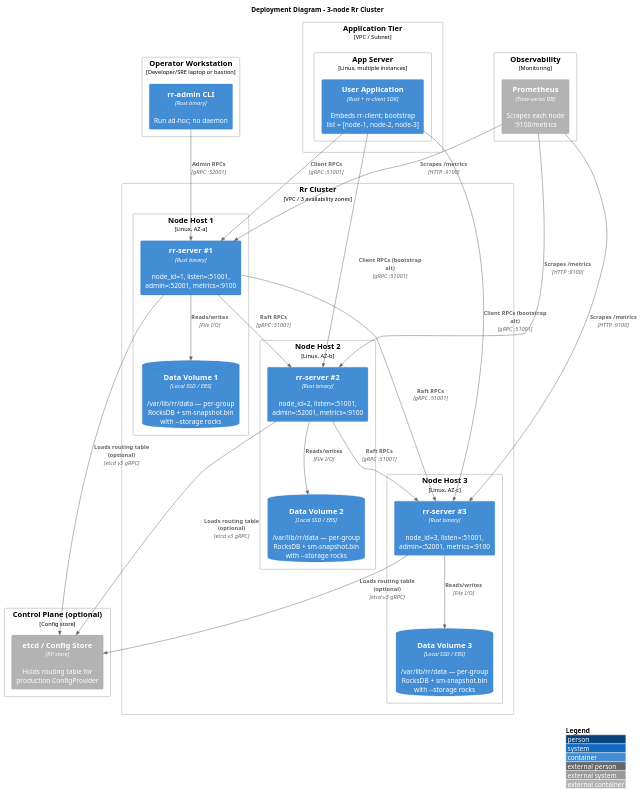
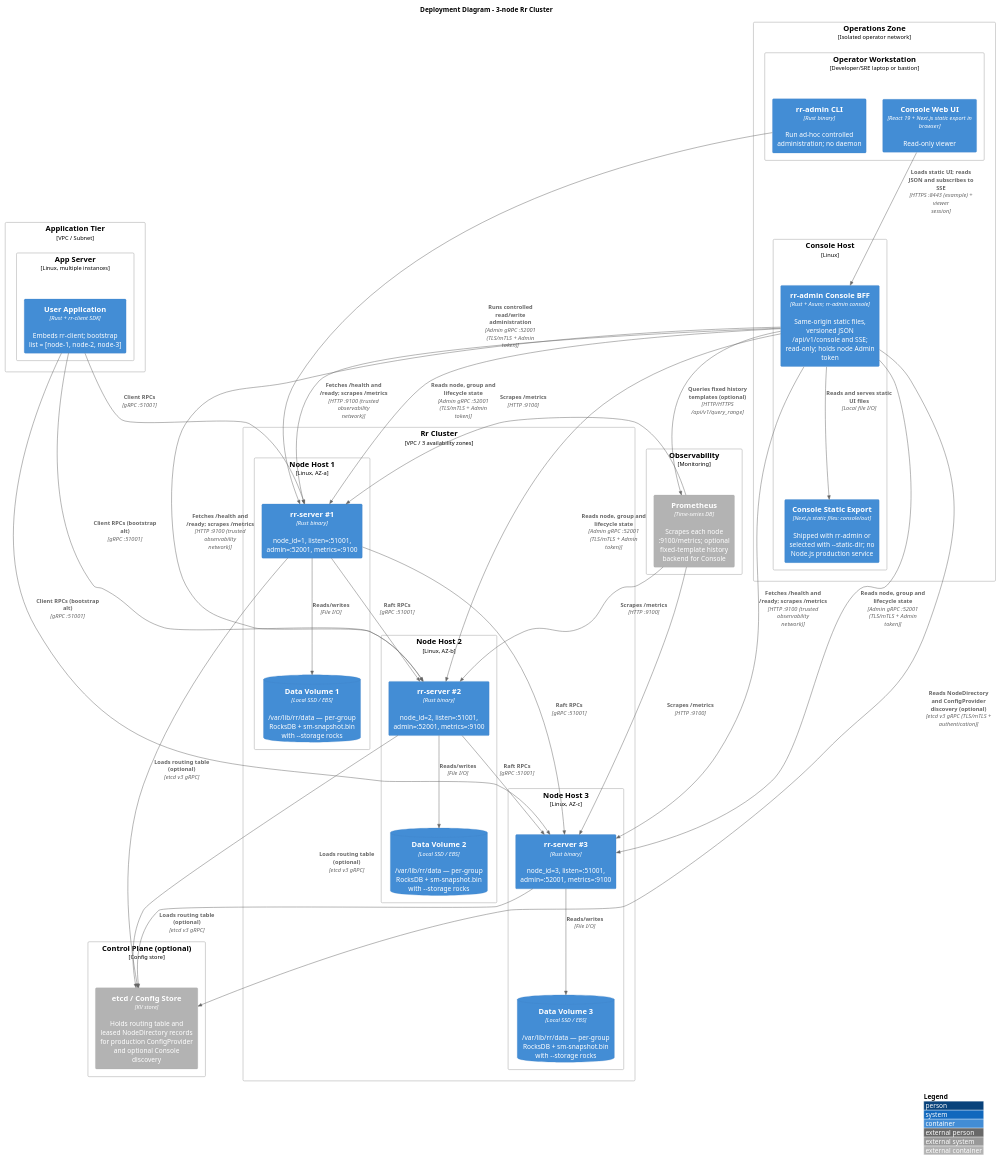
Before and after one commit to gardenias/rr: the diagram in docs/docs/architecture/c4/deployment.md, drawn with PlantUML. The commit also changed other lines of this file and 37 other files, not shown here.

Commit message:
docs: document cluster admin console architecture

````diff
--- a/docs/docs/architecture/c4/deployment.md
+++ b/docs/docs/architecture/c4/deployment.md
@@ -16,64 +16,82 @@
 ```plantuml
 @startuml
 !include <C4/C4_Deployment.puml>
 
 title Deployment Diagram - 3-node Rr Cluster
 
 Deployment_Node(client_zone, "Application Tier", "VPC / Subnet") {
   Deployment_Node(app_host, "App Server", "Linux, multiple instances") {
     Container(user_app, "User Application", "Rust + rr-client SDK", "Embeds rr-client; bootstrap list = [node-1, node-2, node-3]")
   }
 }
 
-Deployment_Node(ops_zone, "Operator Workstation", "Developer/SRE laptop or bastion") {
-  Container(admin_cli, "rr-admin CLI", "Rust binary", "Run ad-hoc; no daemon")
+Deployment_Node(ops_zone, "Operations Zone", "Isolated operator network") {
+  Deployment_Node(operator_host, "Operator Workstation", "Developer/SRE laptop or bastion") {
+    Container(admin_cli, "rr-admin CLI", "Rust binary", "Run ad-hoc controlled administration; no daemon")
+    Container(console_ui, "Console Web UI", "React 19 + Next.js static export in browser", "Read-only viewer")
+  }
+  Deployment_Node(console_host, "Console Host", "Linux") {
+    Container(console_bff, "rr-admin Console BFF", "Rust + Axum; rr-admin console", "Same-origin static files, versioned JSON /api/v1/console and SSE; read-only; holds node Admin token")
+    Container(console_assets, "Console Static Export", "Next.js static files: console/out", "Shipped with rr-admin or selected with --static-dir; no Node.js production service")
+  }
 }
 
 Deployment_Node(cluster_zone, "Rr Cluster", "VPC / 3 availability zones") {
   Deployment_Node(host1, "Node Host 1", "Linux, AZ-a") {
     Container(rr1, "rr-server #1", "Rust binary", "node_id=1, listen=:51001, admin=:52001, metrics=:9100")
     ContainerDb(disk1, "Data Volume 1", "Local SSD / EBS", "/var/lib/rr/data — per-group RocksDB + sm-snapshot.bin with --storage rocks")
   }
   Deployment_Node(host2, "Node Host 2", "Linux, AZ-b") {
     Container(rr2, "rr-server #2", "Rust binary", "node_id=2, listen=:51001, admin=:52001, metrics=:9100")
     ContainerDb(disk2, "Data Volume 2", "Local SSD / EBS", "/var/lib/rr/data — per-group RocksDB + sm-snapshot.bin with --storage rocks")
   }
   Deployment_Node(host3, "Node Host 3", "Linux, AZ-c") {
     Container(rr3, "rr-server #3", "Rust binary", "node_id=3, listen=:51001, admin=:52001, metrics=:9100")
     ContainerDb(disk3, "Data Volume 3", "Local SSD / EBS", "/var/lib/rr/data — per-group RocksDB + sm-snapshot.bin with --storage rocks")
   }
 }
 
 Deployment_Node(obs_zone, "Observability", "Monitoring") {
-  Container_Ext(prometheus, "Prometheus", "Time-series DB", "Scrapes each node :9100/metrics")
+  Container_Ext(prometheus, "Prometheus", "Time-series DB", "Scrapes each node :9100/metrics; optional fixed-template history backend for Console")
 }
 
 Deployment_Node(cfg_zone, "Control Plane (optional)", "Config store") {
-  Container_Ext(etcd, "etcd / Config Store", "KV store", "Holds routing table for production ConfigProvider")
+  Container_Ext(etcd, "etcd / Config Store", "KV store", "Holds routing table and leased NodeDirectory records for production ConfigProvider and optional Console discovery")
 }
 
 Rel(user_app, rr1, "Client RPCs", "gRPC :51001")
 Rel(user_app, rr2, "Client RPCs (bootstrap alt)", "gRPC :51001")
 Rel(user_app, rr3, "Client RPCs (bootstrap alt)", "gRPC :51001")
 
-Rel(admin_cli, rr1, "Admin RPCs", "gRPC :52001")
+Rel(admin_cli, rr1, "Runs controlled read/write administration", "Admin gRPC :52001 (TLS/mTLS + Admin token)")
+
+Rel(console_ui, console_bff, "Loads static UI; reads JSON and subscribes to SSE", "HTTPS :8443 (example) + viewer session")
+Rel(console_bff, console_assets, "Reads and serves static UI files", "Local file I/O")
+Rel(console_bff, rr1, "Reads node, group and lifecycle state", "Admin gRPC :52001 (TLS/mTLS + Admin token)")
+Rel(console_bff, rr2, "Reads node, group and lifecycle state", "Admin gRPC :52001 (TLS/mTLS + Admin token)")
+Rel(console_bff, rr3, "Reads node, group and lifecycle state", "Admin gRPC :52001 (TLS/mTLS + Admin token)")
+Rel(console_bff, rr1, "Fetches /health and /ready; scrapes /metrics", "HTTP :9100 (trusted observability network)")
+Rel(console_bff, rr2, "Fetches /health and /ready; scrapes /metrics", "HTTP :9100 (trusted observability network)")
+Rel(console_bff, rr3, "Fetches /health and /ready; scrapes /metrics", "HTTP :9100 (trusted observability network)")
 
 Rel(rr1, rr2, "Raft RPCs", "gRPC :51001")
 Rel(rr1, rr3, "Raft RPCs", "gRPC :51001")
 Rel(rr2, rr3, "Raft RPCs", "gRPC :51001")
 
 Rel(rr1, disk1, "Reads/writes", "File I/O")
 Rel(rr2, disk2, "Reads/writes", "File I/O")
 Rel(rr3, disk3, "Reads/writes", "File I/O")
 
 Rel(prometheus, rr1, "Scrapes /metrics", "HTTP :9100")
 Rel(prometheus, rr2, "Scrapes /metrics", "HTTP :9100")
 Rel(prometheus, rr3, "Scrapes /metrics", "HTTP :9100")
+Rel(console_bff, prometheus, "Queries fixed history templates (optional)", "HTTP/HTTPS /api/v1/query_range")
 
 Rel(rr1, etcd, "Loads routing table (optional)", "etcd v3 gRPC")
 Rel(rr2, etcd, "Loads routing table (optional)", "etcd v3 gRPC")
 Rel(rr3, etcd, "Loads routing table (optional)", "etcd v3 gRPC")
+Rel(console_bff, etcd, "Reads NodeDirectory and ConfigProvider discovery (optional)", "etcd v3 gRPC (TLS/mTLS + authentication)")
 
 LAYOUT_WITH_LEGEND()
 @enduml
 ```
````
